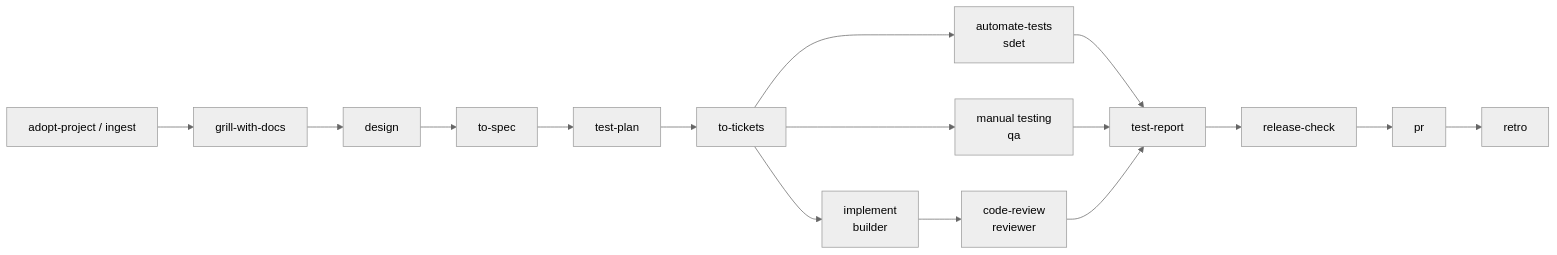
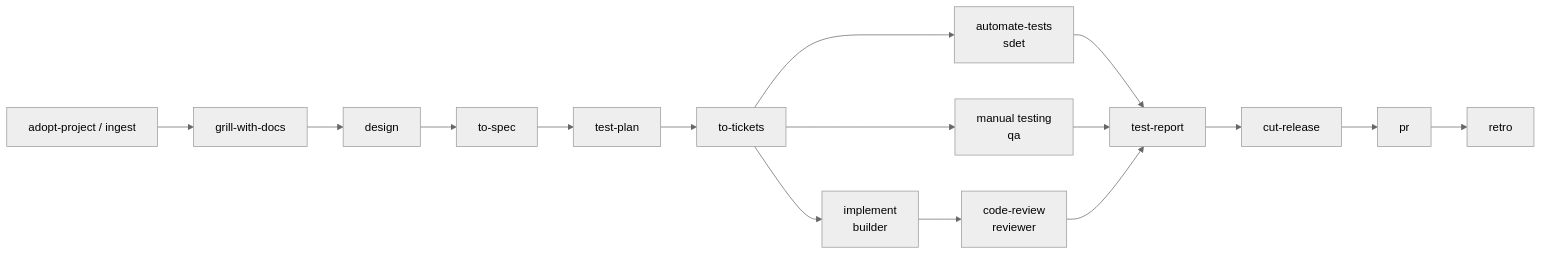
Before and after one commit to work-w-chrstnrpj/engr-toolbox: the diagram in README.md, drawn with Mermaid (neutral theme). The commit also changed other lines of this file and 113 other files, not shown here.

````diff
--- a/README.md
+++ b/README.md
@@ -52,18 +52,18 @@
 ```mermaid
 flowchart LR
   A[adopt-project / ingest] --> B[grill-with-docs]
   B --> C[design]
   C --> D[to-spec]
   D --> E[test-plan]
   E --> F[to-tickets]
   F --> G[implement<br/>builder]
   F --> H[automate-tests<br/>sdet]
   F --> I[manual testing<br/>qa]
   G --> J[code-review<br/>reviewer]
   H --> K[test-report]
   I --> K
   J --> K
-  K --> L[release-check]
+  K --> L[cut-release]
   L --> M[pr]
   M --> N[retro]
 ```
````
